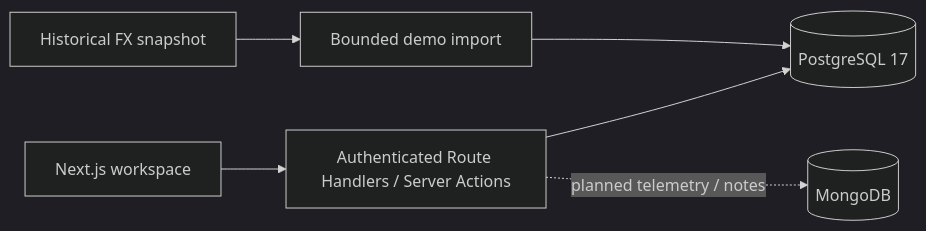
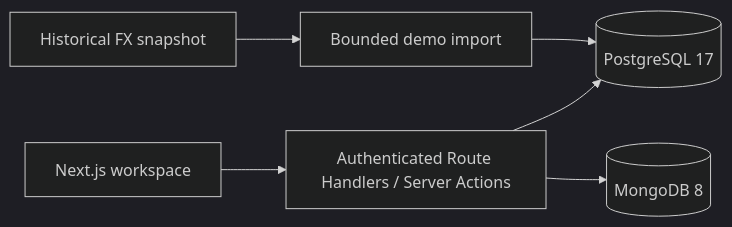
One commit to KadakWNL/finsight changed the diagram in README.md. Above: the diagram before and after it, drawn with Mermaid (dark theme). The commit also changed other lines of this file and 17 other files, not shown here.

First line of the commit message:
feat: demonstrate scoped Mongo telemetry reads and aggregation (#17) (#40)

````diff
--- a/README.md
+++ b/README.md
@@ -100,8 +100,8 @@
 ```mermaid
 flowchart LR
   UI[Next.js workspace] --> API[Authenticated Route Handlers / Server Actions]
   API --> SQL[(PostgreSQL 17)]
   Import[Bounded demo import] --> SQL
   FX[Historical FX snapshot] --> Import
-  API -. planned telemetry / notes .-> Mongo[(MongoDB)]
+  API --> Mongo[(MongoDB 8)]
 ```
````
